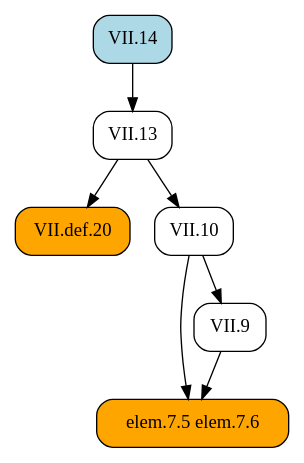
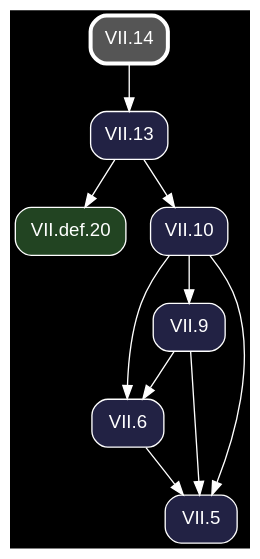
Before and after one commit to geometor/elements: the diagram in docsrc/heath/VII/14/index.rst, drawn with Graphviz. The commit also changed other lines of this file and 1200 other files, not shown here.

Commit message:
update dependency graphs

```diff
--- a/docsrc/heath/VII/14/index.rst
+++ b/docsrc/heath/VII/14/index.rst
@@ -64,18 +64,24 @@
 .. graphviz::
 
    digraph {
+     bgcolor="black";
+     node [shape=box, style="rounded,filled", fontname="Helvetica", color="white", fontcolor="white"];
+     edge [color="white", fontcolor="white"];
      rankdir="TB";
-     node [shape=box, style=rounded];
-     "VII.13" [URL="/heath/VII/13/", target="_top"];
-     "elem.7.5 elem.7.6" [style="rounded,filled", fillcolor=orange];
-     "VII.14" [style="rounded,filled", fillcolor=lightblue, URL="/heath/VII/14/", target="_top"];
-     "VII.9" [URL="/heath/VII/9/", target="_top"];
-     "VII.def.20" [style="rounded,filled", fillcolor=orange, URL="/heath/VII/def.20/", target="_top"];
-     "VII.10" [URL="/heath/VII/10/", target="_top"];
+     "VII.13" [fillcolor="#222244", URL="/heath/VII/13/", target="_top"];
+     "VII.def.20" [fillcolor="#224422", URL="/heath/VII/def.20/", target="_top"];
+     "VII.9" [fillcolor="#222244", URL="/heath/VII/9/", target="_top"];
+     "VII.10" [fillcolor="#222244", URL="/heath/VII/10/", target="_top"];
+     "VII.14" [penwidth=3, color="white", fillcolor="#555555", URL="/heath/VII/14/", target="_top"];
+     "VII.6" [fillcolor="#222244", URL="/heath/VII/6/", target="_top"];
+     "VII.5" [fillcolor="#222244", URL="/heath/VII/5/", target="_top"];
      "VII.14" -> "VII.13";
-     "VII.9" -> "elem.7.5 elem.7.6";
-     "VII.10" -> "elem.7.5 elem.7.6";
+     "VII.13" -> "VII.def.20";
      "VII.10" -> "VII.9";
-     "VII.13" -> "VII.def.20";
      "VII.13" -> "VII.10";
+     "VII.9" -> "VII.6";
+     "VII.10" -> "VII.6";
+     "VII.6" -> "VII.5";
+     "VII.9" -> "VII.5";
+     "VII.10" -> "VII.5";
    }
```
